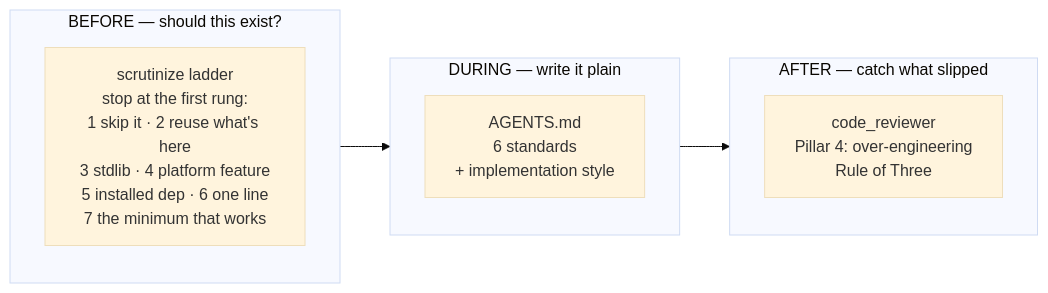
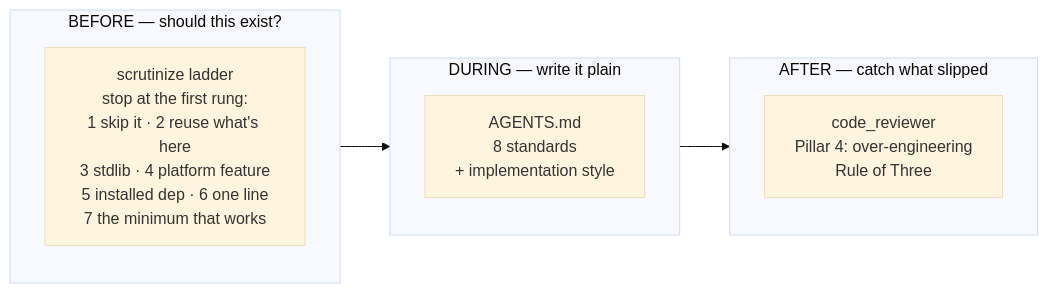
The third of 3 diagrams in README.md (naredfsk-pg/code-agent), drawn with Mermaid (base theme) before and after one commit. The commit also changed other lines of this file and 16 other files, not shown here.

````diff
--- a/README.md
+++ b/README.md
@@ -63,13 +63,13 @@
 ```mermaid
 flowchart LR
     subgraph B["BEFORE — should this exist?"]
         B1["scrutinize ladder<br/>stop at the first rung:<br/>1 skip it · 2 reuse what's here<br/>3 stdlib · 4 platform feature<br/>5 installed dep · 6 one line<br/>7 the minimum that works"]
     end
     subgraph D["DURING — write it plain"]
-        D1["AGENTS.md<br/>6 standards<br/>+ implementation style"]
+        D1["AGENTS.md<br/>8 standards<br/>+ implementation style"]
     end
     subgraph A["AFTER — catch what slipped"]
         A1["code_reviewer<br/>Pillar 4: over-engineering<br/>Rule of Three"]
     end
     B --> D --> A
 ```
````
